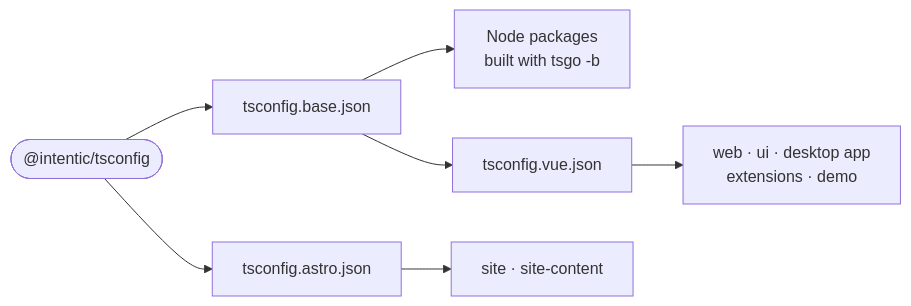
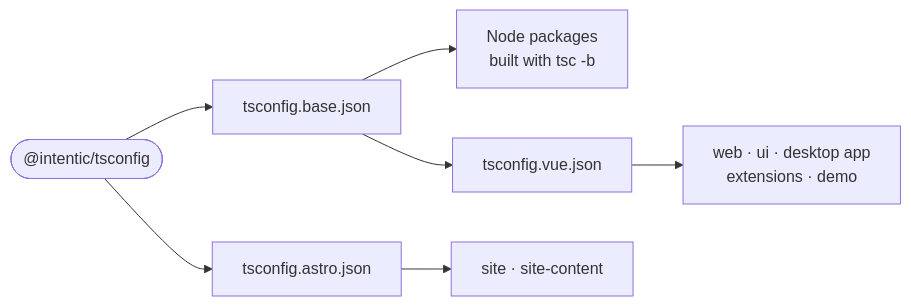
Before and after one commit to intentic/intentic: the diagram in _tools/tsconfig/README.md, drawn with Mermaid. The commit also changed other lines of this file and 103 other files, not shown here.

Commit message:
refactor(lsp): rename tsgo to compiler and replace tsgo with tsc

````diff
--- a/_tools/tsconfig/README.md
+++ b/_tools/tsconfig/README.md
@@ -5,9 +5,9 @@
 ```mermaid
 flowchart LR
     tsconfig(["@intentic/tsconfig"]) --> base["tsconfig.base.json"]
-    base --> libs["Node packages<br/>built with tsgo -b"]
+    base --> libs["Node packages<br/>built with tsc -b"]
     base --> vue["tsconfig.vue.json"]
     vue --> apps["web · ui · desktop app<br/>extensions · demo"]
     tsconfig --> astro["tsconfig.astro.json"]
     astro --> site["site · site-content"]
 ```
````
